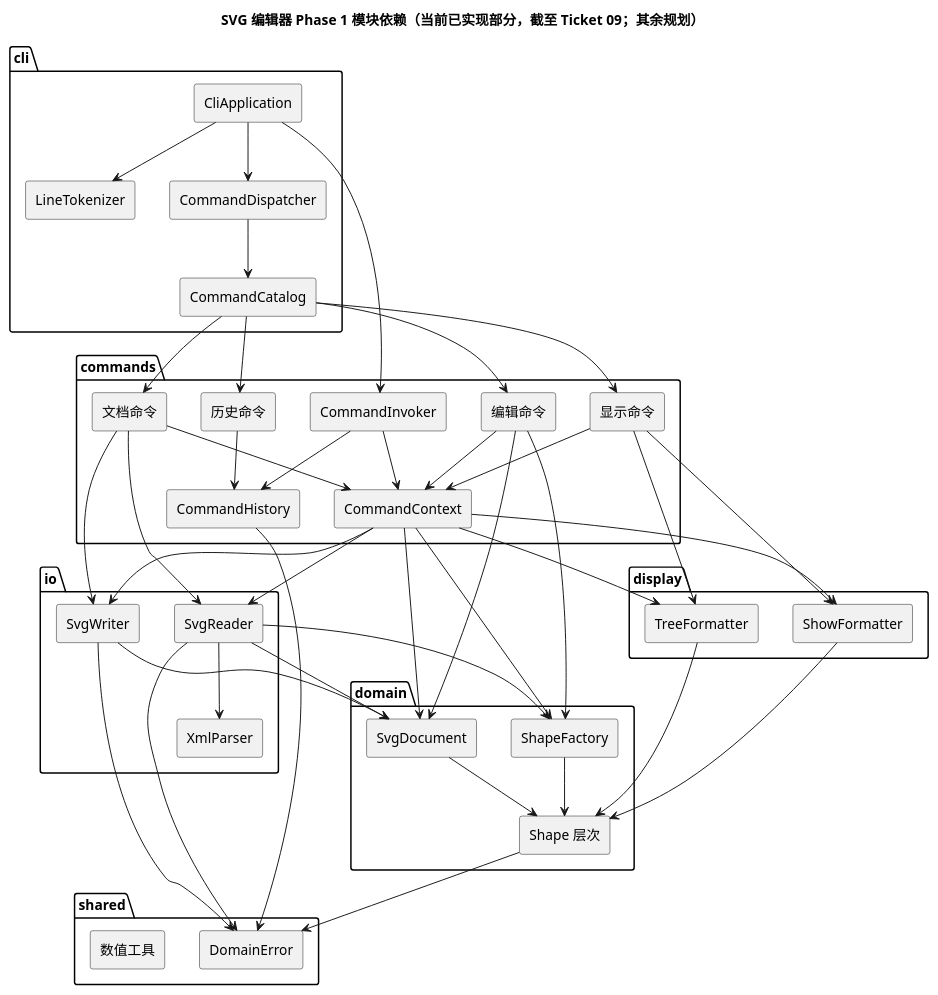
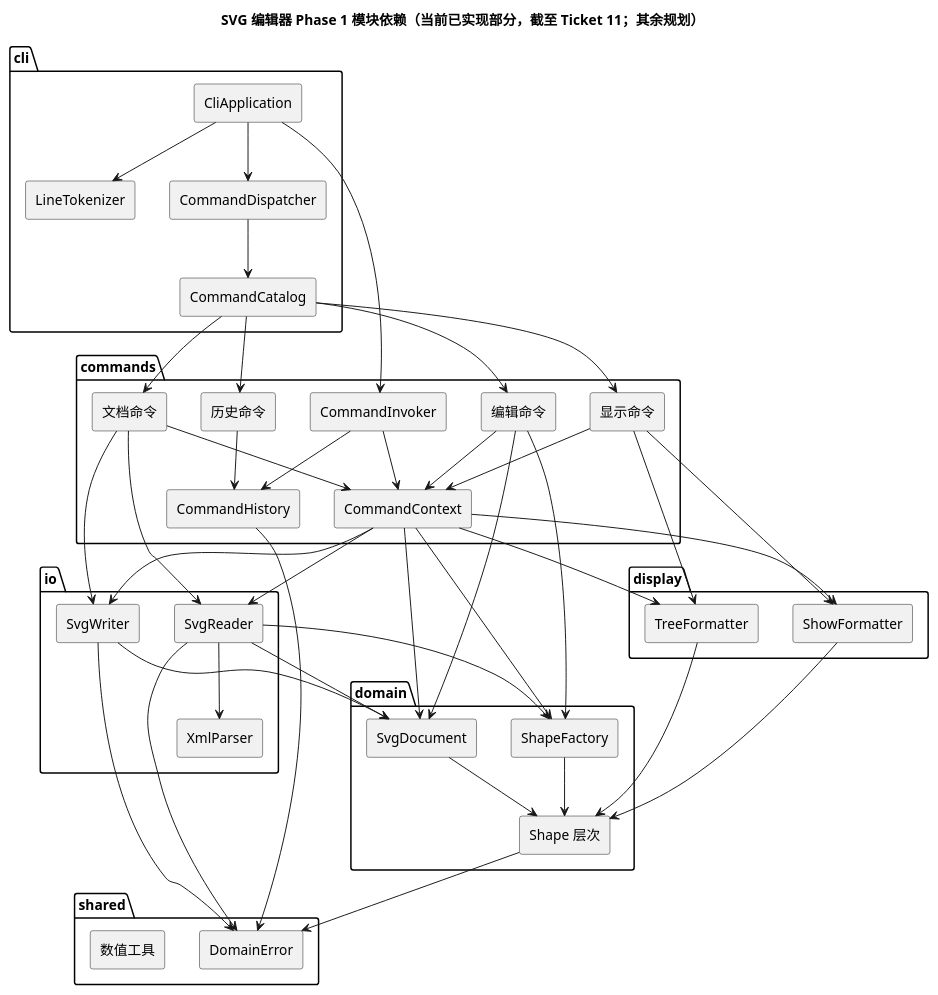
Before and after one commit to NQC233/svg-editor-lab1: the diagram in doc/architecture.puml, drawn with PlantUML. The commit also changed 5 other files, not shown here.

```diff
--- a/doc/architecture.puml
+++ b/doc/architecture.puml
@@ -1,82 +1,82 @@
 @startuml
 skinparam componentStyle rectangle
-title SVG 编辑器 Phase 1 模块依赖（当前已实现部分，截至 Ticket 09；其余规划）
+title SVG 编辑器 Phase 1 模块依赖（当前已实现部分，截至 Ticket 11；其余规划）
 
 package "cli" {
   [CliApplication]
   [CommandDispatcher]
   [CommandCatalog]
   [LineTokenizer]
 }
 
 package "commands" {
   [CommandInvoker]
   [CommandHistory]
   [CommandContext]
   [编辑命令]
   [文档命令]
   [显示命令]
   [历史命令]
 }
 
 package "domain" {
   [SvgDocument]
   [Shape 层次]
   [ShapeFactory]
 }
 
 package "io" {
   [SvgReader]
   [SvgWriter]
   [XmlParser]
 }
 
 package "display" {
   [TreeFormatter]
   [ShowFormatter]
 }
 
 package "shared" {
   [DomainError]
   [数值工具]
 }
 
 [CliApplication] --> [LineTokenizer]
 [CliApplication] --> [CommandDispatcher]
 [CliApplication] --> [CommandInvoker]
 [CommandDispatcher] --> [CommandCatalog]
 [CommandCatalog] --> [编辑命令]
 [CommandCatalog] --> [文档命令]
 [CommandCatalog] --> [显示命令]
 [CommandCatalog] --> [历史命令]
 [CommandInvoker] --> [CommandHistory]
 [CommandInvoker] --> [CommandContext]
 [编辑命令] --> [CommandContext]
 [文档命令] --> [CommandContext]
 [显示命令] --> [CommandContext]
 [历史命令] --> [CommandHistory]
 [CommandContext] --> [SvgDocument]
 [CommandContext] --> [SvgReader]
 [CommandContext] --> [SvgWriter]
 [CommandContext] --> [TreeFormatter]
 [CommandContext] --> [ShowFormatter]
 [CommandContext] --> [ShapeFactory]
 [编辑命令] --> [SvgDocument]
 [编辑命令] --> [ShapeFactory]
 [文档命令] --> [SvgReader]
 [文档命令] --> [SvgWriter]
 [显示命令] --> [TreeFormatter]
 [显示命令] --> [ShowFormatter]
 [SvgReader] --> [XmlParser]
 [SvgReader] --> [SvgDocument]
 [SvgReader] --> [ShapeFactory]
 [SvgWriter] --> [SvgDocument]
 [TreeFormatter] --> [Shape 层次]
 [ShowFormatter] --> [Shape 层次]
 [ShapeFactory] --> [Shape 层次]
 [SvgDocument] --> [Shape 层次]
 [Shape 层次] --> [DomainError]
 [SvgReader] --> [DomainError]
 [SvgWriter] --> [DomainError]
 [CommandHistory] --> [DomainError]
 @enduml
```
